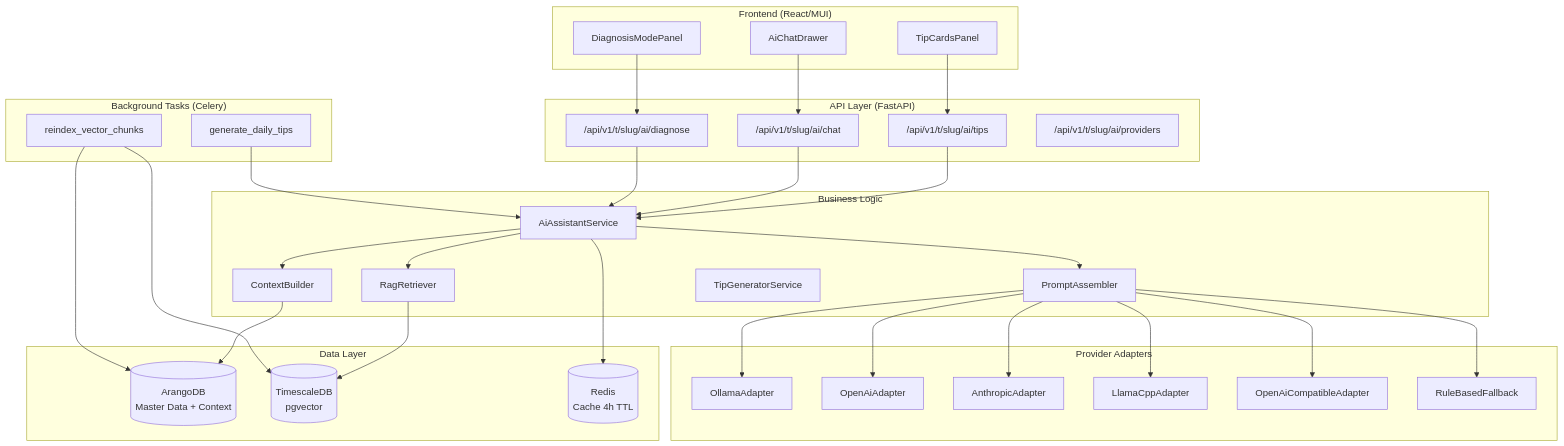
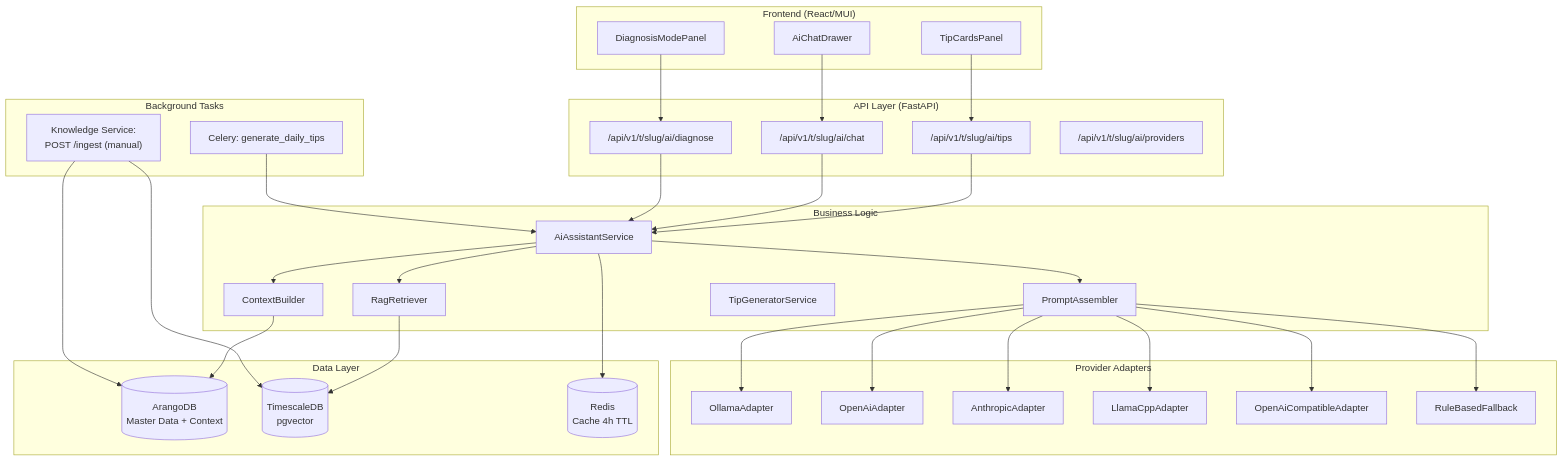
One commit to nolte/kamerplanter changed the first of 3 diagrams in docs/en/architecture/ai-architecture.md. Above: the diagram before and after it, drawn with Mermaid. The commit also changed other lines of this file and 48 other files, not shown here.

````diff
--- a/docs/en/architecture/ai-architecture.md
+++ b/docs/en/architecture/ai-architecture.md
@@ -10,70 +10,70 @@
 ```mermaid
 flowchart TB
     subgraph "Frontend (React/MUI)"
         TC[TipCardsPanel]
         CD[AiChatDrawer]
         DM[DiagnosisModePanel]
     end
 
     subgraph "API Layer (FastAPI)"
         AR["/api/v1/t/slug/ai/tips"]
         AC["/api/v1/t/slug/ai/chat"]
         AD["/api/v1/t/slug/ai/diagnose"]
         APC["/api/v1/t/slug/ai/providers"]
     end
 
     subgraph "Business Logic"
         AAS[AiAssistantService]
         CB[ContextBuilder]
         RR[RagRetriever]
         PA[PromptAssembler]
         TG[TipGeneratorService]
     end
 
     subgraph "Provider Adapters"
         OA[OllamaAdapter]
         OAI[OpenAiAdapter]
         ANT[AnthropicAdapter]
         LC[LlamaCppAdapter]
         OC[OpenAiCompatibleAdapter]
         FB[RuleBasedFallback]
     end
 
     subgraph "Data Layer"
         ARD[(ArangoDB<br/>Master Data + Context)]
         TS[(TimescaleDB<br/>pgvector)]
         RD[(Redis<br/>Cache 4h TTL)]
     end
 
-    subgraph "Background Tasks (Celery)"
-        GDT[generate_daily_tips]
-        RVC[reindex_vector_chunks]
+    subgraph "Background Tasks"
+        GDT[Celery: generate_daily_tips]
+        RVC["Knowledge Service:<br/>POST /ingest (manual)"]
     end
 
     TC --> AR
     CD --> AC
     DM --> AD
 
     AR --> AAS
     AC --> AAS
     AD --> AAS
 
     AAS --> CB
     AAS --> RR
     AAS --> PA
 
     CB --> ARD
     RR --> TS
     PA --> OA
     PA --> OAI
     PA --> ANT
     PA --> LC
     PA --> OC
     PA --> FB
 
     AAS --> RD
 
     GDT --> AAS
     RVC --> TS
     RVC --> ARD
 ```
````
